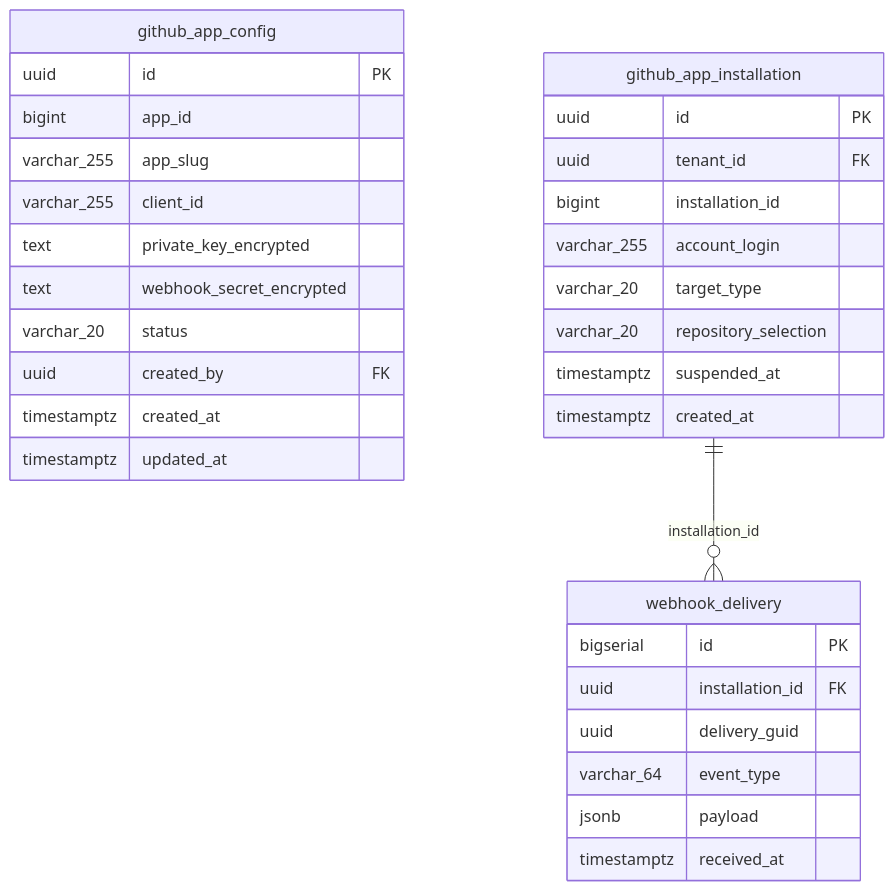
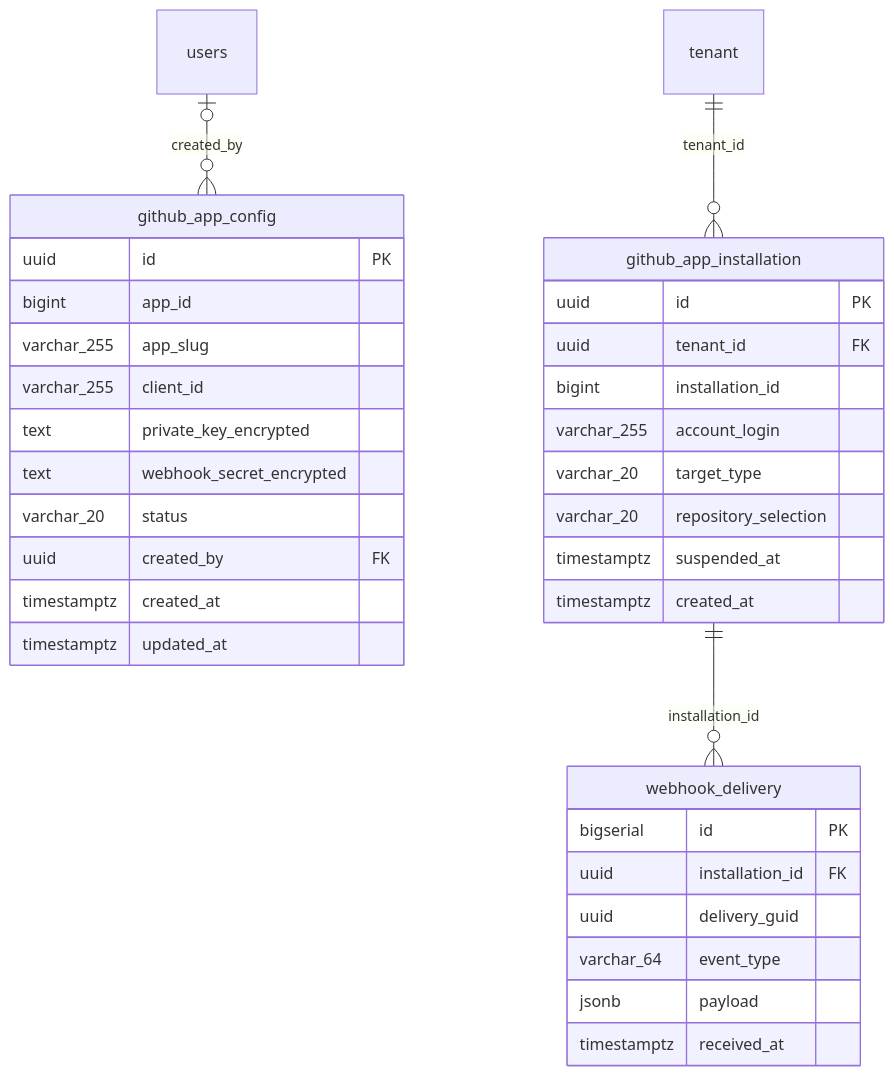
The diagram in skills/db-architecture-review/examples/out/domains/github.md (greenstevester/archlens-postgres), drawn with Mermaid before and after one commit. The commit also changed other lines of this file and 28 other files, not shown here.

````diff
--- a/skills/db-architecture-review/examples/out/domains/github.md
+++ b/skills/db-architecture-review/examples/out/domains/github.md
@@ -7,34 +7,36 @@
 ```mermaid
 erDiagram
   github_app_config {
     uuid id PK
     bigint app_id
     varchar_255 app_slug
     varchar_255 client_id
     text private_key_encrypted
     text webhook_secret_encrypted
     varchar_20 status
     uuid created_by FK
     timestamptz created_at
     timestamptz updated_at
   }
   github_app_installation {
     uuid id PK
     uuid tenant_id FK
     bigint installation_id
     varchar_255 account_login
     varchar_20 target_type
     varchar_20 repository_selection
     timestamptz suspended_at
     timestamptz created_at
   }
   webhook_delivery {
     bigserial id PK
     uuid installation_id FK
     uuid delivery_guid
     varchar_64 event_type
     jsonb payload
     timestamptz received_at
   }
+  users |o--o{ github_app_config : "created_by"
+  tenant ||--o{ github_app_installation : "tenant_id"
   github_app_installation ||--o{ webhook_delivery : "installation_id"
 ```
````
